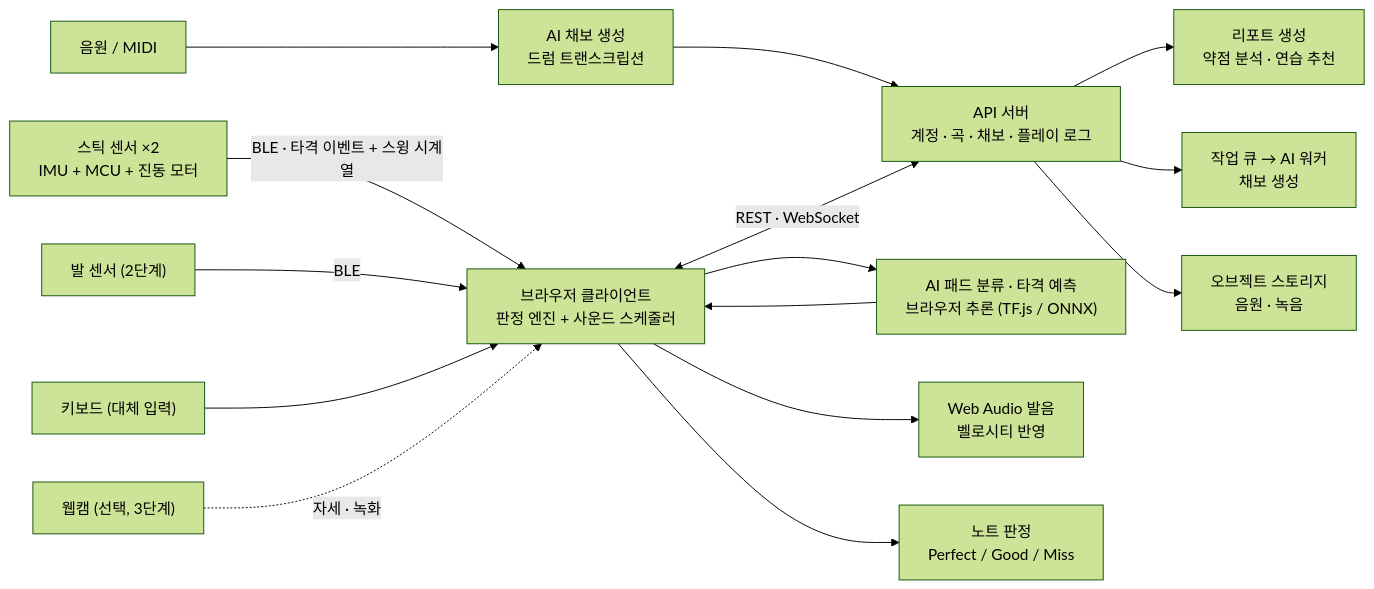
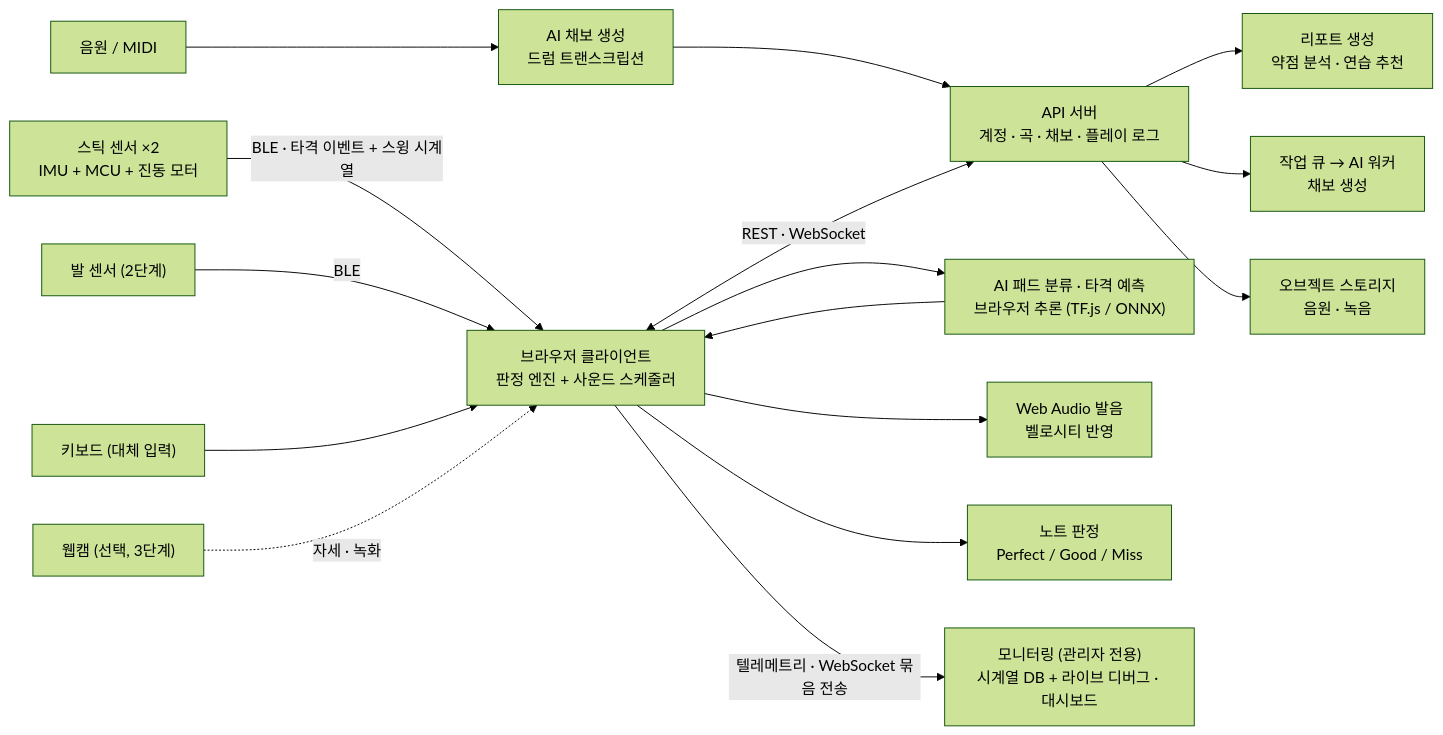
One commit to SSAPLASH/SSAPLASH changed the diagram in Docs/Service Design/공통 명세서.md. Above: the diagram before and after it, drawn with Mermaid (forest theme). The commit also changed other lines of this file, not shown here.

````diff
--- a/Docs/Service Design/공통 명세서.md
+++ b/Docs/Service Design/공통 명세서.md
@@ -319,17 +336,18 @@
 ```mermaid
 flowchart LR
     S["음원 / MIDI"] --> G["AI 채보 생성<br>드럼 트랜스크립션"]
     G --> F
     A["스틱 센서 ×2<br>IMU + MCU + 진동 모터"] -->|"BLE · 타격 이벤트 + 스윙 시계열"| C["브라우저 클라이언트<br>판정 엔진 + 사운드 스케줄러"]
     K["발 센서 (2단계)"] -->|"BLE"| C
     KB["키보드 (대체 입력)"] --> C
     C --> P["AI 패드 분류 · 타격 예측<br>브라우저 추론 (TF.js / ONNX)"]
     P --> C
     C --> D["Web Audio 발음<br>벨로시티 반영"]
     C --> E["노트 판정<br>Perfect / Good / Miss"]
     V["웹캠 (선택, 3단계)"] -.->|"자세 · 녹화"| C
     C <-->|"REST · WebSocket"| F["API 서버<br>계정 · 곡 · 채보 · 플레이 로그"]
     F --> R["리포트 생성<br>약점 분석 · 연습 추천"]
     F --> Q["작업 큐 → AI 워커<br>채보 생성"]
     F --> ST["오브젝트 스토리지<br>음원 · 녹음"]
+    C -->|"텔레메트리 · WebSocket 묶음 전송"| M["모니터링 (관리자 전용)<br>시계열 DB + 라이브 디버그 · 대시보드"]
 ```
````
